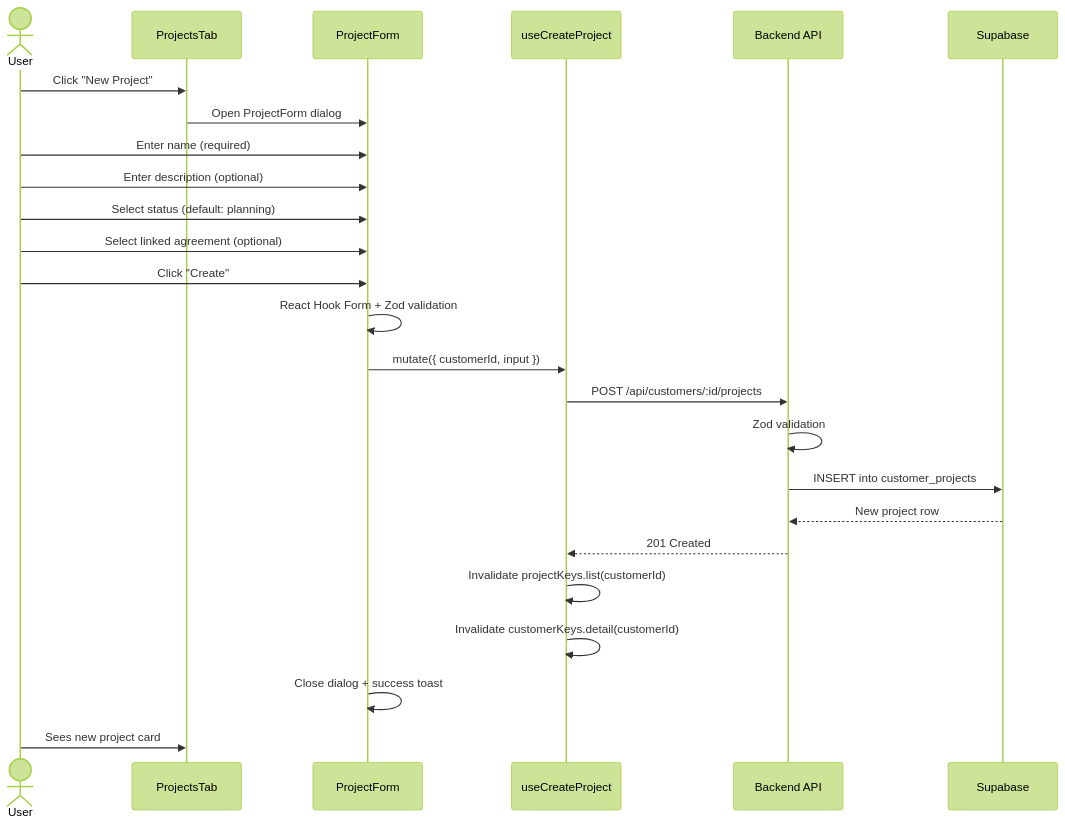
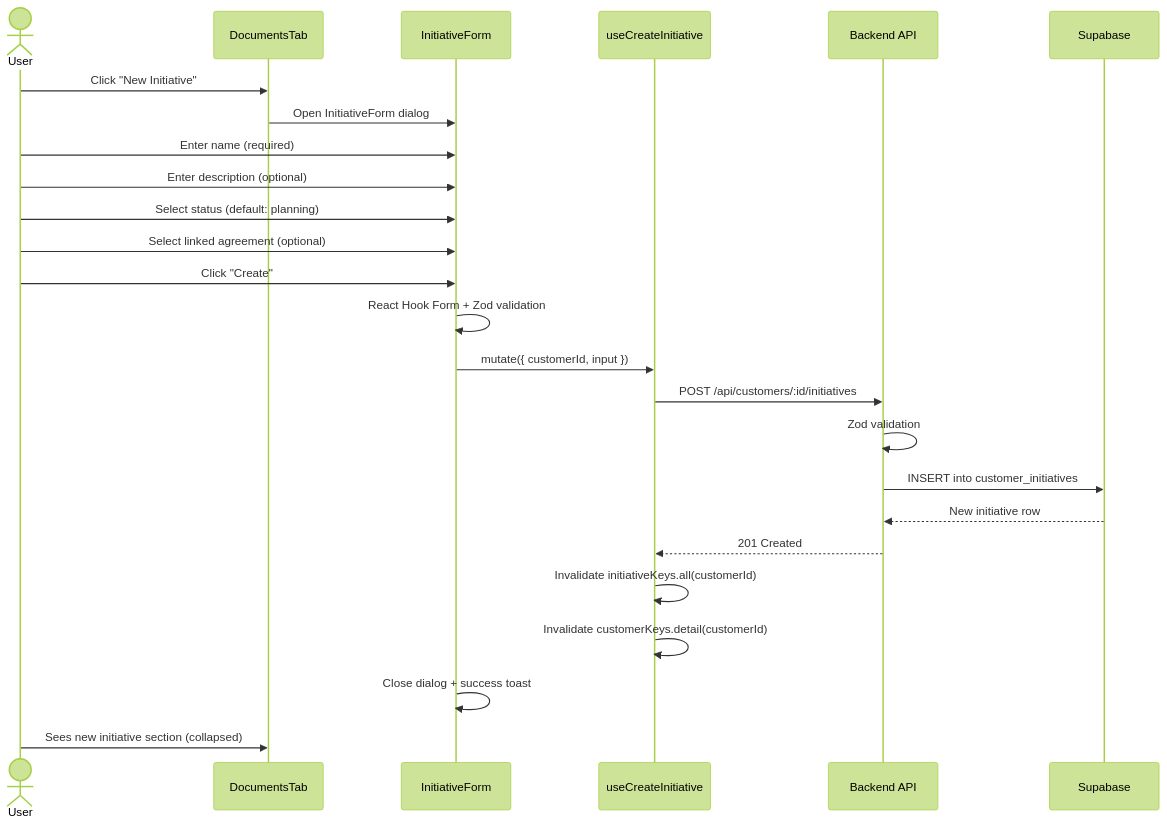
One commit to kobiagi-builder/nextup changed the fourth of 7 diagrams in docs/flows/customer-management-flow.md. Above: the diagram before and after it, drawn with Mermaid (forest theme). The commit also changed other lines of this file and 159 other files, not shown here.

First line of the commit message:
feat: initiative-documents restructure, inline-style clipboard copy, chat copy button, document form UX fixes

````diff
--- a/docs/flows/customer-management-flow.md
+++ b/docs/flows/customer-management-flow.md
@@ -256,28 +256,28 @@
 ```mermaid
 sequenceDiagram
     actor User
-    participant Tab as ProjectsTab
-    participant Form as ProjectForm
-    participant Hook as useCreateProject
+    participant Tab as DocumentsTab
+    participant Form as InitiativeForm
+    participant Hook as useCreateInitiative
     participant API as Backend API
     participant DB as Supabase
 
-    User->>Tab: Click "New Project"
-    Tab->>Form: Open ProjectForm dialog
+    User->>Tab: Click "New Initiative"
+    Tab->>Form: Open InitiativeForm dialog
     User->>Form: Enter name (required)
     User->>Form: Enter description (optional)
     User->>Form: Select status (default: planning)
     User->>Form: Select linked agreement (optional)
     User->>Form: Click "Create"
     Form->>Form: React Hook Form + Zod validation
     Form->>Hook: mutate({ customerId, input })
-    Hook->>API: POST /api/customers/:id/projects
+    Hook->>API: POST /api/customers/:id/initiatives
     API->>API: Zod validation
-    API->>DB: INSERT into customer_projects
-    DB-->>API: New project row
+    API->>DB: INSERT into customer_initiatives
+    DB-->>API: New initiative row
     API-->>Hook: 201 Created
-    Hook->>Hook: Invalidate projectKeys.list(customerId)
+    Hook->>Hook: Invalidate initiativeKeys.all(customerId)
     Hook->>Hook: Invalidate customerKeys.detail(customerId)
     Form->>Form: Close dialog + success toast
-    User->>Tab: Sees new project card
+    User->>Tab: Sees new initiative section (collapsed)
 ```
````
